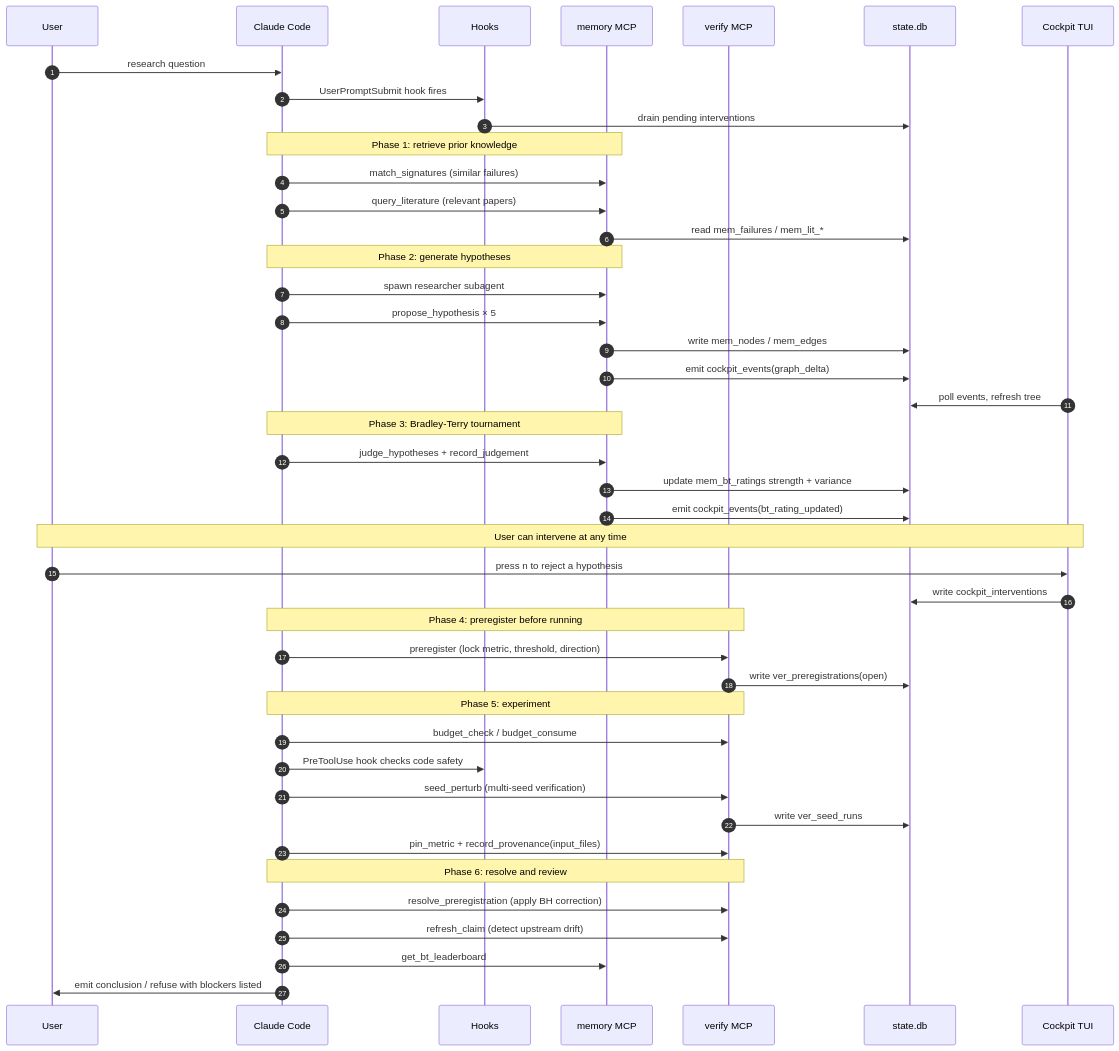
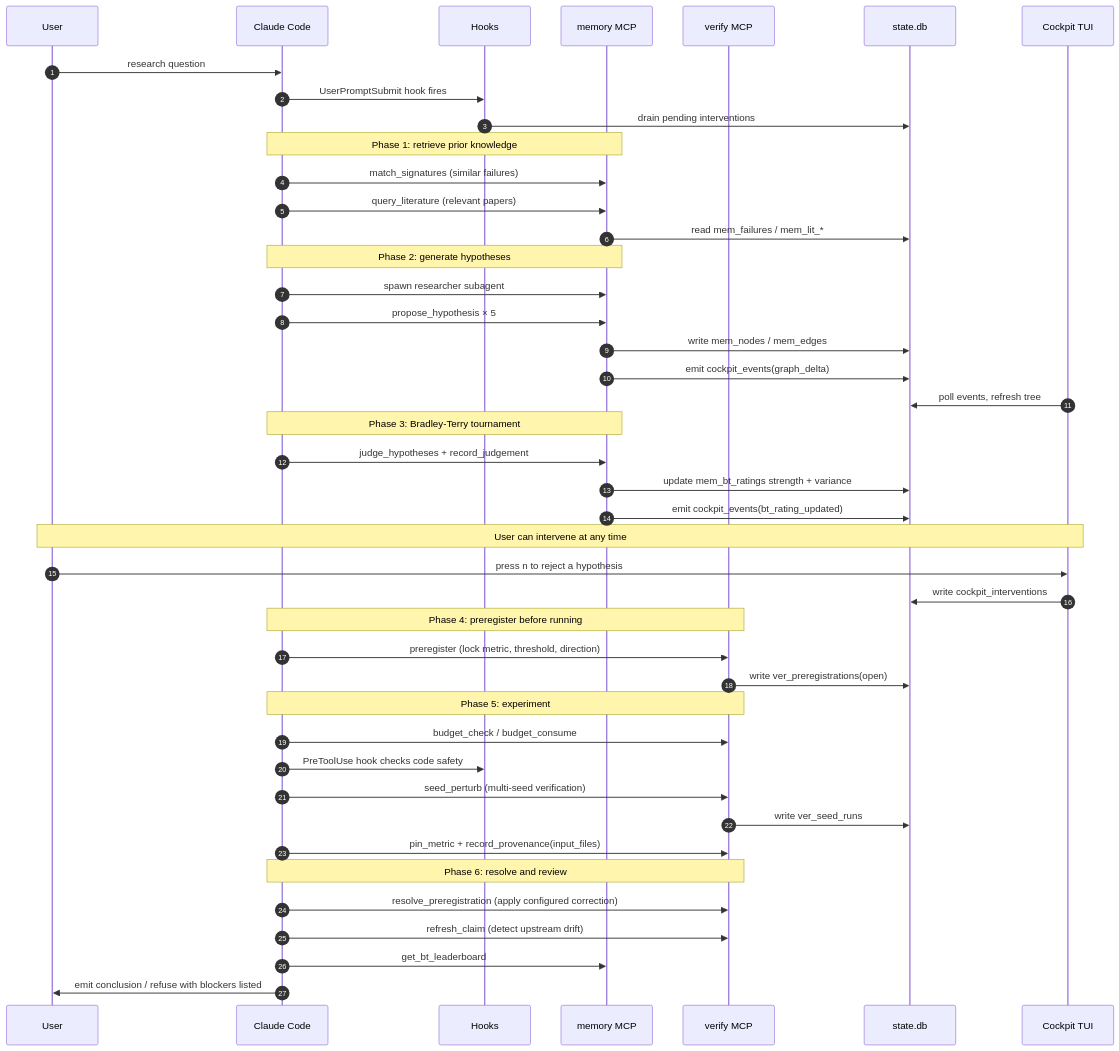
Before and after one commit to whenpoem/aiscientist: the first of 2 diagrams in docs/overview.md, drawn with Mermaid. The commit also changed 15 other files, not shown here.

Commit message:
Clarify preregistration correction aliases

````diff
--- a/docs/overview.md
+++ b/docs/overview.md
@@ -52,53 +52,53 @@
 ```mermaid
 sequenceDiagram
   autonumber
   participant U as User
   participant C as Claude Code
   participant H as Hooks
   participant M as memory MCP
   participant V as verify MCP
   participant DB as state.db
   participant T as Cockpit TUI
 
   U->>C: research question
   C->>H: UserPromptSubmit hook fires
   H->>DB: drain pending interventions
 
   Note over C,M: Phase 1: retrieve prior knowledge
   C->>M: match_signatures (similar failures)
   C->>M: query_literature (relevant papers)
   M->>DB: read mem_failures / mem_lit_*
 
   Note over C,M: Phase 2: generate hypotheses
   C->>M: spawn researcher subagent
   C->>M: propose_hypothesis × 5
   M->>DB: write mem_nodes / mem_edges
   M->>DB: emit cockpit_events(graph_delta)
   T->>DB: poll events, refresh tree
 
   Note over C,M: Phase 3: Bradley-Terry tournament
   C->>M: judge_hypotheses + record_judgement
   M->>DB: update mem_bt_ratings strength + variance
   M->>DB: emit cockpit_events(bt_rating_updated)
 
   Note over U,T: User can intervene at any time
   U->>T: press n to reject a hypothesis
   T->>DB: write cockpit_interventions
 
   Note over C,V: Phase 4: preregister before running
   C->>V: preregister (lock metric, threshold, direction)
   V->>DB: write ver_preregistrations(open)
 
   Note over C,V: Phase 5: experiment
   C->>V: budget_check / budget_consume
   C->>H: PreToolUse hook checks code safety
   C->>V: seed_perturb (multi-seed verification)
   V->>DB: write ver_seed_runs
   C->>V: pin_metric + record_provenance(input_files)
 
   Note over C,V: Phase 6: resolve and review
-  C->>V: resolve_preregistration (apply BH correction)
+  C->>V: resolve_preregistration (apply configured correction)
   C->>V: refresh_claim (detect upstream drift)
   C->>M: get_bt_leaderboard
   C->>U: emit conclusion / refuse with blockers listed
 ```
````
